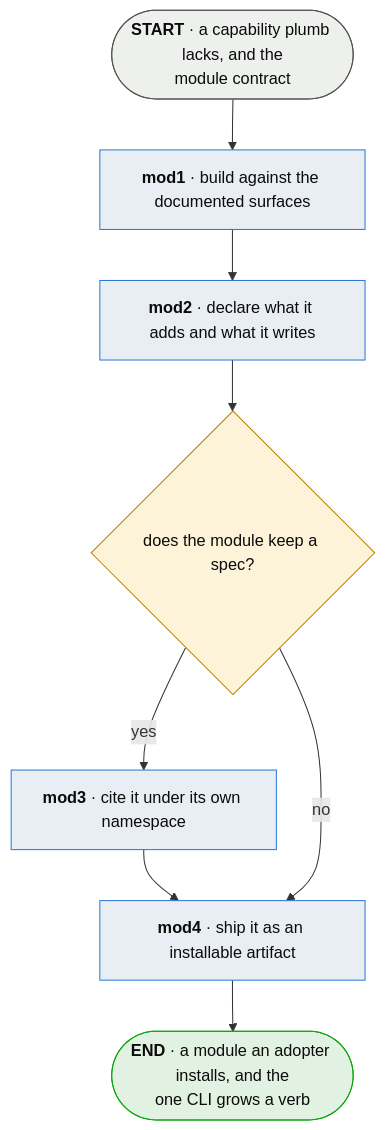
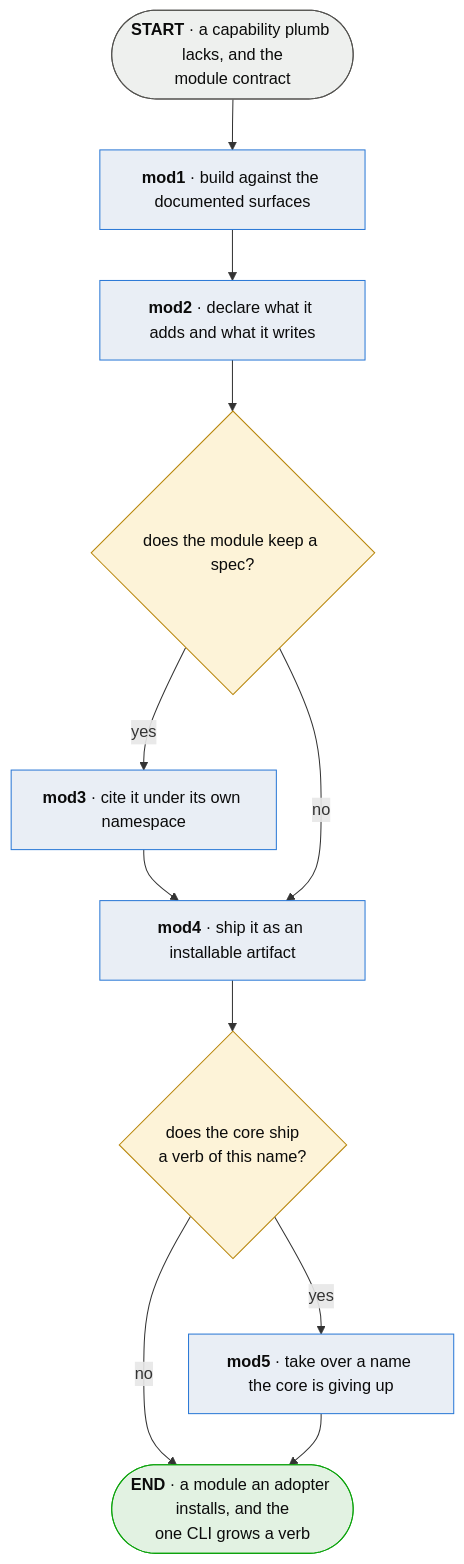
The diagram in spec/diagrams/mod-contribute-a-module.md (plumbspec/plumb), drawn with Mermaid before and after one commit. The commit also changed other lines of this file and 1 other file, not shown here.

Commit message:
spec: mod5 · take over a name the core is giving up (0fdcf44) spec: a module is carried or installed, and nothing looks for a newer one (8e9c218)

````diff
--- a/spec/diagrams/mod-contribute-a-module.md
+++ b/spec/diagrams/mod-contribute-a-module.md
@@ -11,24 +11,28 @@
 ```mermaid
 flowchart TD
     IN([<b>START</b> · a capability plumb lacks, and the
 module contract]):::terminal
 
     BUILD[<b>mod1</b> · build against the documented surfaces]:::process
     DECL[<b>mod2</b> · declare what it adds and what it writes]:::process
     SPECQ{does the module keep a spec?}:::question
     CITE[<b>mod3</b> · cite it under its own namespace]:::process
     SHIP[<b>mod4</b> · ship it as an installable artifact]:::process
+    TAKEN{does the core ship<br/>a verb of this name?}:::question
+    HAND[<b>mod5</b> · take over a name the core is giving up]:::process
 
     OUT([<b>END</b> · a module an adopter installs, and the
 one CLI grows a verb]):::good
 
     IN --> BUILD --> DECL --> SPECQ
     SPECQ -->|yes| CITE --> SHIP
     SPECQ -->|no| SHIP
-    SHIP --> OUT
+    SHIP --> TAKEN
+    TAKEN -->|no| OUT
+    TAKEN -->|yes| HAND --> OUT
 
     classDef terminal fill:#eef0ee,stroke:#52514e,color:#0b0b0b;
     classDef process fill:#e9eef5,stroke:#2a78d6,color:#0b0b0b;
     classDef question fill:#fdf3d8,stroke:#b8860b,color:#0b0b0b;
     classDef good fill:#e2f2e2,stroke:#0ca30c,color:#0b0b0b;
 ```
````
